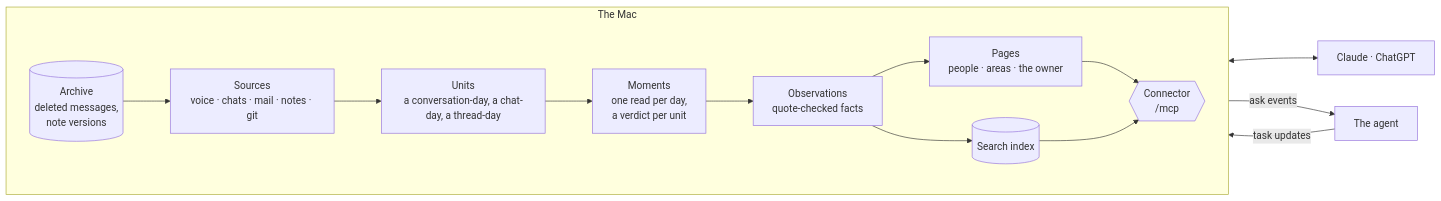
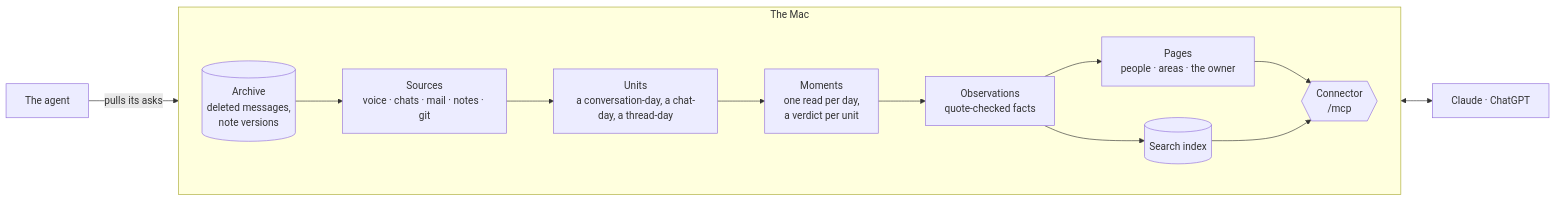
Before and after one commit to eric-edouard/life: the diagram in docs/architecture.md, drawn with Mermaid. The commit also changed other lines of this file and 14 other files, not shown here.

Commit message:
Docs: the agent pulls its asks; the playbook, boards and the bench go

````diff
--- a/docs/architecture.md
+++ b/docs/architecture.md
@@ -31,17 +31,16 @@
 ```mermaid
 flowchart LR
   subgraph Mac["The Mac"]
     direction LR
     S["Sources<br/>voice · chats · mail · notes · git"] --> U["Units<br/>a conversation-day, a chat-day, a thread-day"]
     U --> M["Moments<br/>one read per day,<br/>a verdict per unit"]
     M --> O["Observations<br/>quote-checked facts"]
     O --> P["Pages<br/>people · areas · the owner"]
     O --> I[("Search index")]
     A[("Archive<br/>deleted messages,<br/>note versions")] --> S
     P --> C{{"Connector<br/>/mcp"}}
     I --> C
   end
   C <--> AI["Claude · ChatGPT"]
-  C -- "ask events" --> AG["The agent"]
-  AG -- "task updates" --> C
+  AG["The agent"] -- "pulls its asks" --> C
 ```
````
